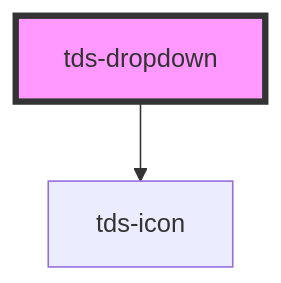
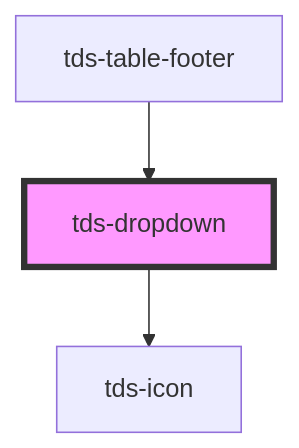
The diagram in packages/core/src/components/dropdown/readme.md (scania-digital-design-system/tegel), drawn with Mermaid before and after one commit. The commit also changed other lines of this file and 12 other files, not shown here.

````diff
--- a/packages/core/src/components/dropdown/readme.md
+++ b/packages/core/src/components/dropdown/readme.md
@@ -122,5 +126,6 @@
 ```mermaid
 graph TD;
   tds-dropdown --> tds-icon
+  tds-table-footer --> tds-dropdown
   style tds-dropdown fill:#f9f,stroke:#333,stroke-width:4px
 ```
````
